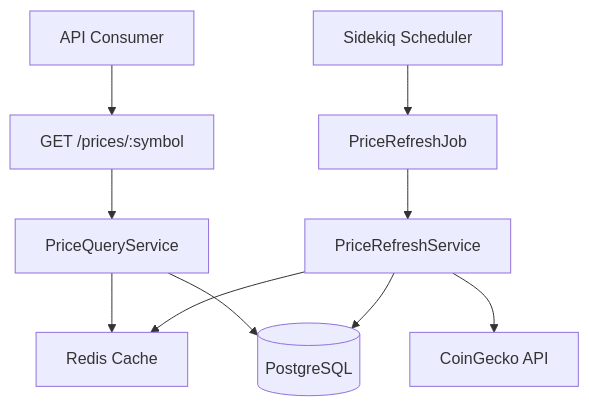
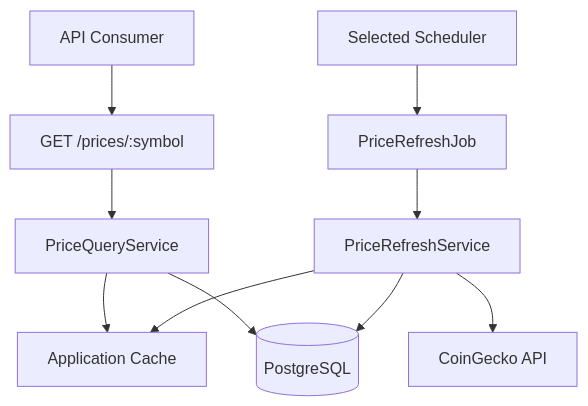
Before and after one commit to JoelBright/crypto-price-api: the first of 6 diagrams in docs/JUNIOR_DEVELOPER_GUIDE.md, drawn with Mermaid. The commit also changed other lines of this file and 6 other files, not shown here.

````diff
--- a/docs/JUNIOR_DEVELOPER_GUIDE.md
+++ b/docs/JUNIOR_DEVELOPER_GUIDE.md
@@ -87,23 +87,23 @@
 ```mermaid
 flowchart TD
     Consumer[API Consumer]
     Endpoint[GET /prices/:symbol]
     QueryService[PriceQueryService]
-    Cache[Redis Cache]
+    Cache[Application Cache]
     Database[(PostgreSQL)]
-    Scheduler[Sidekiq Scheduler]
+    Scheduler[Selected Scheduler]
     Job[PriceRefreshJob]
     RefreshService[PriceRefreshService]
     CoinGecko[CoinGecko API]
 
     Consumer --> Endpoint
     Endpoint --> QueryService
     QueryService --> Cache
     QueryService --> Database
 
     Scheduler --> Job
     Job --> RefreshService
     RefreshService --> CoinGecko
     RefreshService --> Database
     RefreshService --> Cache
 ```
````
